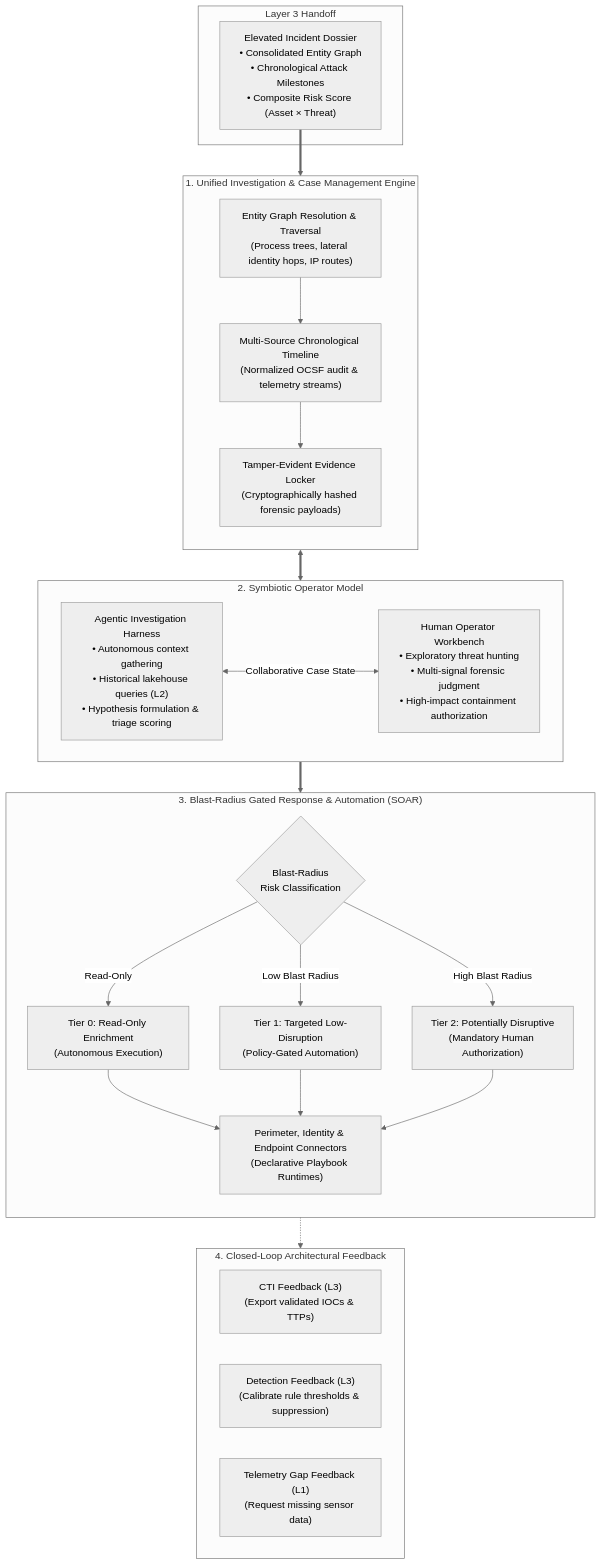
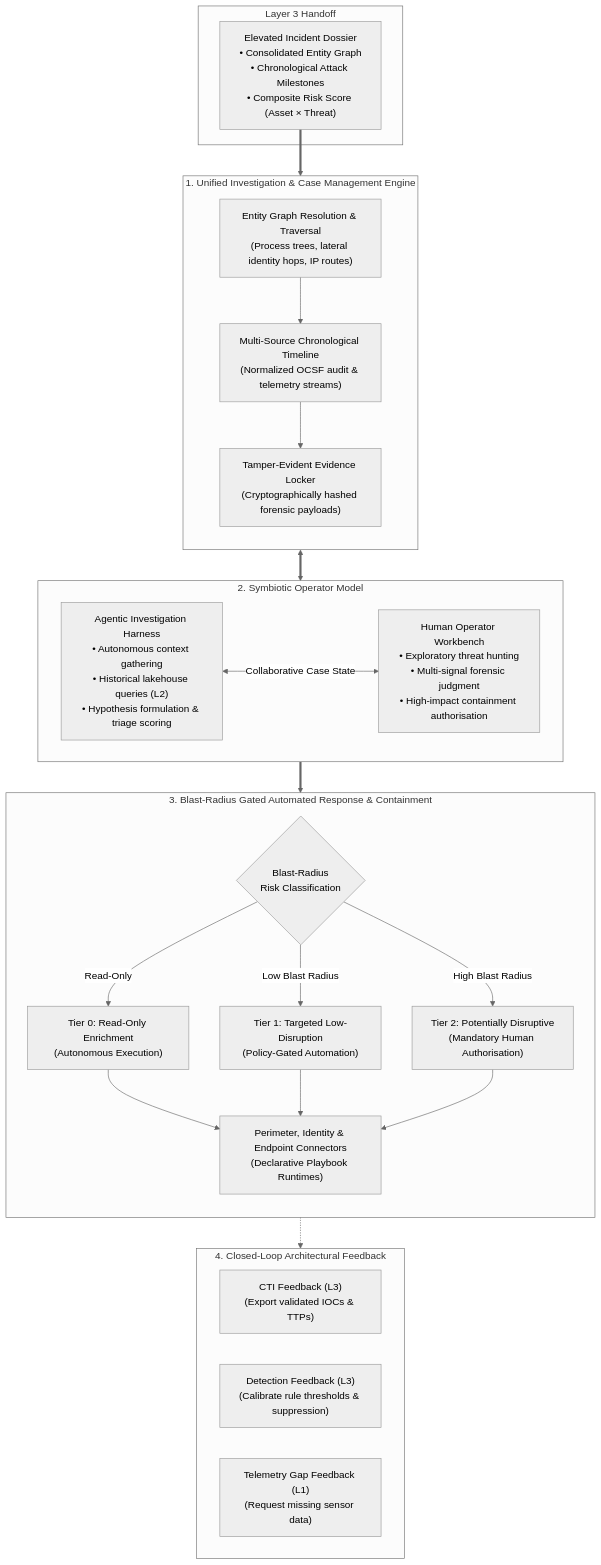
Before and after one commit to Haribu/TIDIR: the first of 5 diagrams in docs/architecture/07-layer-4-incident-response.md, drawn with Mermaid (neutral theme). The commit also changed other lines of this file and 34 other files, not shown here.

````diff
--- a/docs/architecture/07-layer-4-incident-response.md
+++ b/docs/architecture/07-layer-4-incident-response.md
@@ -9,51 +9,51 @@
 ```mermaid
 flowchart TB
   subgraph L3_Handoff ["Layer 3 Handoff"]
     DOSSIER["Elevated Incident Dossier\n• Consolidated Entity Graph\n• Chronological Attack Milestones\n• Composite Risk Score (Asset × Threat)"]
   end
 
   subgraph L4_Investigation ["1. Unified Investigation & Case Management Engine"]
     direction TB
     GRAPH_TRAV["Entity Graph Resolution & Traversal\n(Process trees, lateral identity hops, IP routes)"]
     TIMELINE["Multi-Source Chronological Timeline\n(Normalized OCSF audit & telemetry streams)"]
     EVIDENCE["Tamper-Evident Evidence Locker\n(Cryptographically hashed forensic payloads)"]
 
     GRAPH_TRAV --> TIMELINE --> EVIDENCE
   end
 
   subgraph L4_Operators ["2. Symbiotic Operator Model"]
     direction LR
     AGENT_HARNESS["Agentic Investigation Harness\n• Autonomous context gathering\n• Historical lakehouse queries (L2)\n• Hypothesis formulation & triage scoring"]
-    HUMAN_WORKBENCH["Human Operator Workbench\n• Exploratory threat hunting\n• Multi-signal forensic judgment\n• High-impact containment authorization"]
+    HUMAN_WORKBENCH["Human Operator Workbench\n• Exploratory threat hunting\n• Multi-signal forensic judgment\n• High-impact containment authorisation"]
 
     AGENT_HARNESS <-->|Collaborative Case State| HUMAN_WORKBENCH
   end
 
-  subgraph L4_Response ["3. Blast-Radius Gated Response & Automation (SOAR)"]
+  subgraph L4_Response ["3. Blast-Radius Gated Automated Response & Containment"]
     direction TB
     ROUTER{"Blast-Radius\nRisk Classification"}
     TIER0["Tier 0: Read-Only Enrichment\n(Autonomous Execution)"]
     TIER1["Tier 1: Targeted Low-Disruption\n(Policy-Gated Automation)"]
-    TIER2["Tier 2: Potentially Disruptive\n(Mandatory Human Authorization)"]
+    TIER2["Tier 2: Potentially Disruptive\n(Mandatory Human Authorisation)"]
     CONNECTOR["Perimeter, Identity & Endpoint Connectors\n(Declarative Playbook Runtimes)"]
 
     ROUTER -->|Read-Only| TIER0
     ROUTER -->|Low Blast Radius| TIER1
     ROUTER -->|High Blast Radius| TIER2
 
     TIER0 --> CONNECTOR
     TIER1 --> CONNECTOR
     TIER2 --> CONNECTOR
   end
 
   subgraph ClosedLoop ["4. Closed-Loop Architectural Feedback"]
     FB_CTI["CTI Feedback (L3)\n(Export validated IOCs & TTPs)"]
     FB_DAC["Detection Feedback (L3)\n(Calibrate rule thresholds & suppression)"]
     FB_L1["Telemetry Gap Feedback (L1)\n(Request missing sensor data)"]
   end
 
   DOSSIER ==> L4_Investigation
   L4_Investigation <==> L4_Operators
   L4_Operators ==> L4_Response
   L4_Response -.-> ClosedLoop
 ```
````
